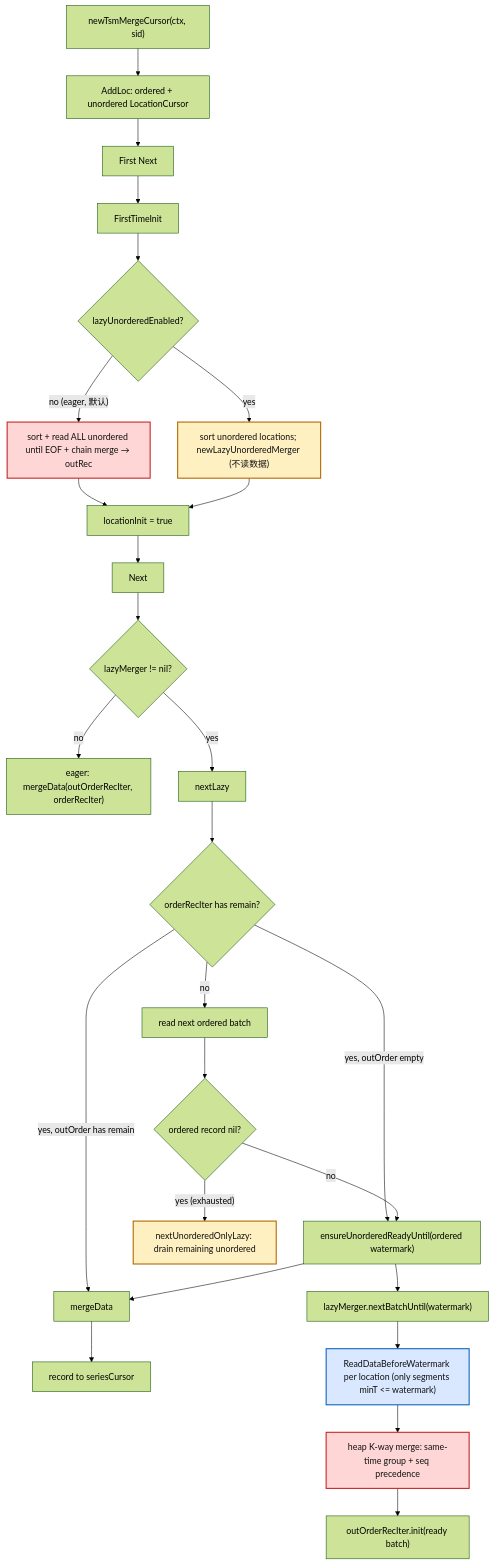
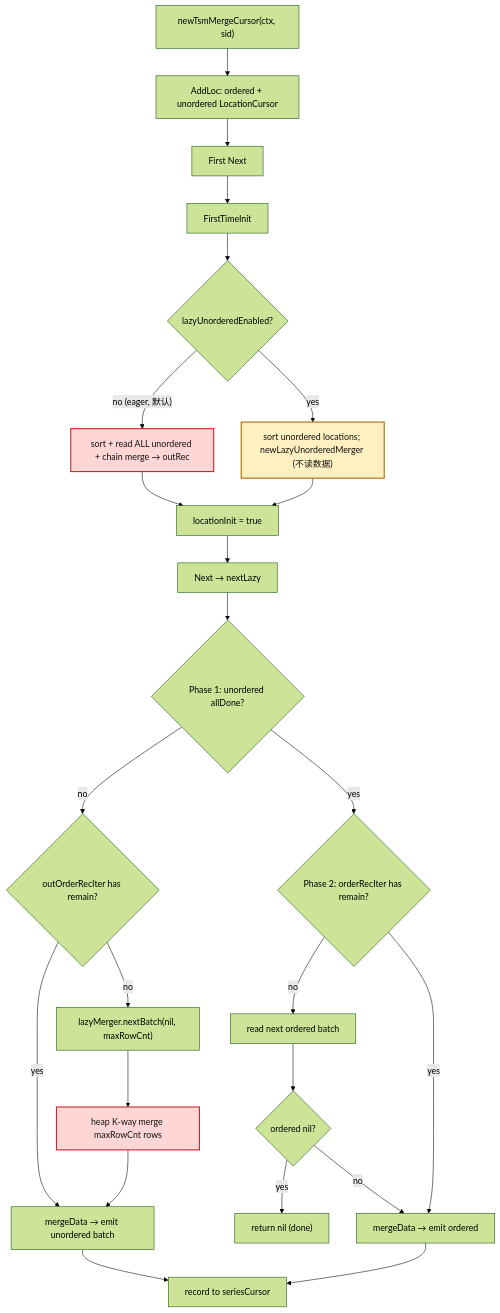
Before and after one commit to zhiwangdu/openGemini: the first of 3 diagrams in tsmMergeCursor_unordered_merge_design.md, drawn with Mermaid (forest theme). The commit also changed other lines of this file, not shown here.

First line of the commit message:
docs: update design doc for simplified lazy path (no watermark, streaming)

````diff
--- a/tsmMergeCursor_unordered_merge_design.md
+++ b/tsmMergeCursor_unordered_merge_design.md
@@ -125,39 +129,33 @@
 ```mermaid
 flowchart TD
     A["newTsmMergeCursor(ctx, sid)"] --> B["AddLoc: ordered + unordered LocationCursor"]
     B --> O["First Next"]
     O --> P["FirstTimeInit"]
     P --> Q{"lazyUnorderedEnabled?"}
-    Q -- "no (eager, 默认)" --> S["sort + read ALL unordered until EOF + chain merge → outRec"]
+    Q -- "no (eager, 默认)" --> S["sort + read ALL unordered + chain merge → outRec"]
     Q -- "yes" --> R["sort unordered locations; newLazyUnorderedMerger (不读数据)"]
     S --> T["locationInit = true"]
     R --> T
 
-    T --> N["Next"]
-    N --> G{"lazyMerger != nil?"}
-    G -- "no" --> E0["eager: mergeData(outOrderRecIter, orderRecIter)"]
-    G -- "yes" --> L["nextLazy"]
-    L --> L1{"orderRecIter has remain?"}
-    L1 -- "yes, outOrder empty" --> L2["ensureUnorderedReadyUntil(ordered watermark)"]
-    L1 -- "yes, outOrder has remain" --> L4["mergeData"]
-    L1 -- "no" --> L3["read next ordered batch"]
-    L3 --> L5{"ordered record nil?"}
-    L5 -- "yes (exhausted)" --> L6["nextUnorderedOnlyLazy: drain remaining unordered"]
-    L5 -- "no" --> L2
-    L2 --> L4
-    L4 --> OUT["record to seriesCursor"]
-
-    L2 --> M1["lazyMerger.nextBatchUntil(watermark)"]
-    M1 --> M2["ReadDataBeforeWatermark per location (only segments minT <= watermark)"]
-    M2 --> M3["heap K-way merge: same-time group + seq precedence"]
-    M3 --> M4["outOrderRecIter.init(ready batch)"]
+    T --> N["Next → nextLazy"]
+    N --> P1{"Phase 1: unordered allDone?"}
+    P1 -- "no" --> P1a{"outOrderRecIter has remain?"}
+    P1a -- "yes" --> P1b["mergeData → emit unordered batch"]
+    P1a -- "no" --> P1c["lazyMerger.nextBatch(nil, maxRowCnt)"]
+    P1c --> P1d["heap K-way merge maxRowCnt rows"]
+    P1d --> P1b
+    P1b --> OUT["record to seriesCursor"]
+    P1 -- "yes" --> P2{"Phase 2: orderRecIter has remain?"}
+    P2 -- "no" --> P2a["read next ordered batch"]
+    P2a --> P2b{"ordered nil?"}
+    P2b -- "yes" --> P2c["return nil (done)"]
+    P2b -- "no" --> P2d["mergeData → emit ordered"]
+    P2 -- "yes" --> P2d
+    P2d --> OUT
 
     S:::hot
     R:::amp
-    M2:::io
-    M3:::hot
-    L6:::amp
+    P1d:::hot
     classDef hot fill:#ffd6d6,stroke:#c62828,stroke-width:2px,color:#111;
     classDef amp fill:#fff0c2,stroke:#b26a00,stroke-width:2px,color:#111;
-    classDef io fill:#d9e8ff,stroke:#1565c0,stroke-width:2px,color:#111;
 ```
````
